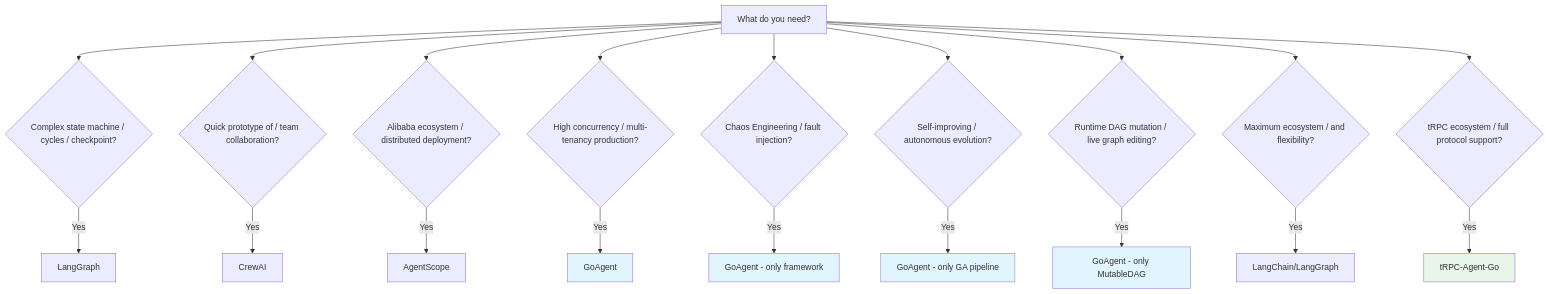
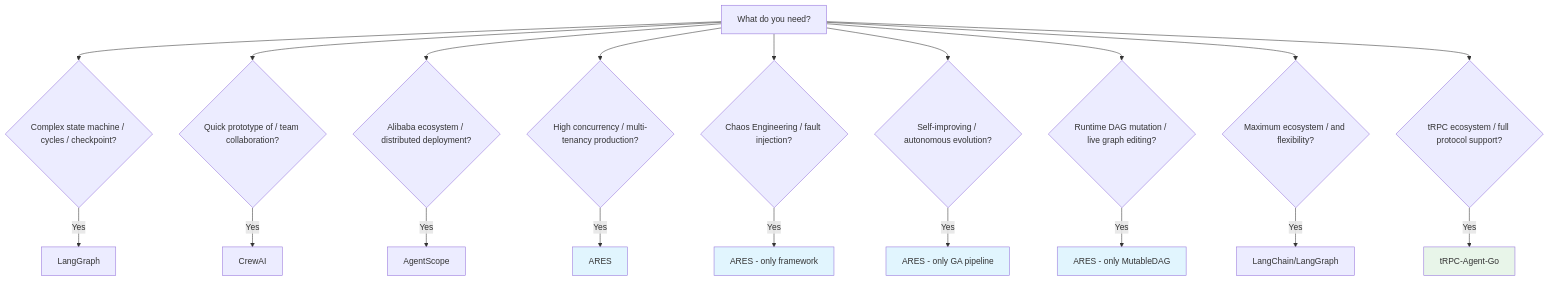
Before and after one commit to Timwood0x10/ARES: diagram 11 of 11 in docs/framework-comparison-langchain-crewai-agentscope-goagent-en.md, drawn with Mermaid. The commit also changed other lines of this file and 184 other files, not shown here.

Commit message:
chore: rebrand project from GoAgent to ARES

````diff
--- a/docs/framework-comparison-langchain-crewai-agentscope-goagent-en.md
+++ b/docs/framework-comparison-langchain-crewai-agentscope-goagent-en.md
@@ -907,35 +907,35 @@
 ```mermaid
 flowchart TD
     Start[What do you need?] --> Q1{Complex state machine / cycles / checkpoint?}
     Q1 -->|Yes| LangGraph[LangGraph]
 
     Start --> Q2{Quick prototype of / team collaboration?}
     Q2 -->|Yes| CrewAI[CrewAI]
 
     Start --> Q3{Alibaba ecosystem / distributed deployment?}
     Q3 -->|Yes| AgentScope[AgentScope]
 
     Start --> Q4{High concurrency / multi-tenancy production?}
-    Q4 -->|Yes| GoAgent1[GoAgent]
+    Q4 -->|Yes| ARES1[ARES]
 
     Start --> Q5{Chaos Engineering / fault injection?}
-    Q5 -->|Yes| GoAgent2[GoAgent - only framework]
+    Q5 -->|Yes| ARES2[ARES - only framework]
 
     Start --> Q6{Self-improving / autonomous evolution?}
-    Q6 -->|Yes| GoAgent3[GoAgent - only GA pipeline]
+    Q6 -->|Yes| ARES3[ARES - only GA pipeline]
 
     Start --> Q7{Runtime DAG mutation / live graph editing?}
-    Q7 -->|Yes| GoAgent4[GoAgent - only MutableDAG]
+    Q7 -->|Yes| ARES4[ARES - only MutableDAG]
 
     Start --> Q8{Maximum ecosystem / and flexibility?}
     Q8 -->|Yes| LangChain[LangChain/LangGraph]
 
     Start --> Q9{tRPC ecosystem / full protocol support?}
     Q9 -->|Yes| TRPC[tRPC-Agent-Go]
 
-    style GoAgent1 fill:#e1f5fe
-    style GoAgent2 fill:#e1f5fe
-    style GoAgent3 fill:#e1f5fe
-    style GoAgent4 fill:#e1f5fe
+    style ARES1 fill:#e1f5fe
+    style ARES2 fill:#e1f5fe
+    style ARES3 fill:#e1f5fe
+    style ARES4 fill:#e1f5fe
     style TRPC fill:#e8f5e9
 ```
````
